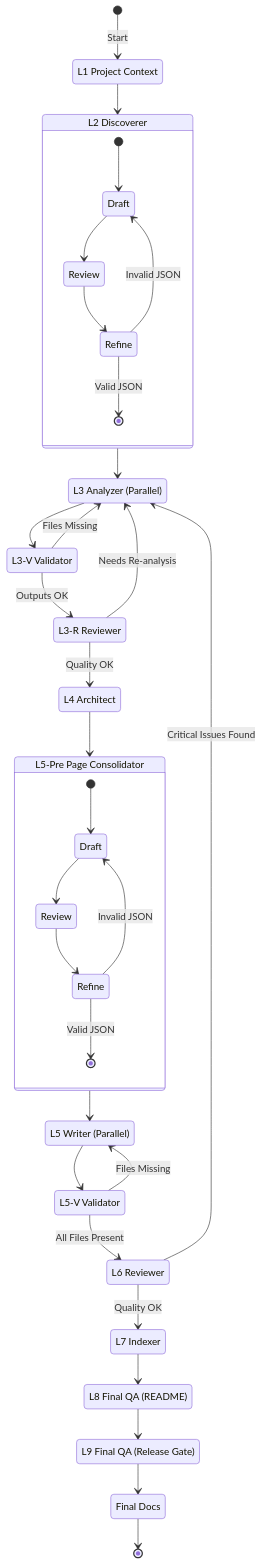
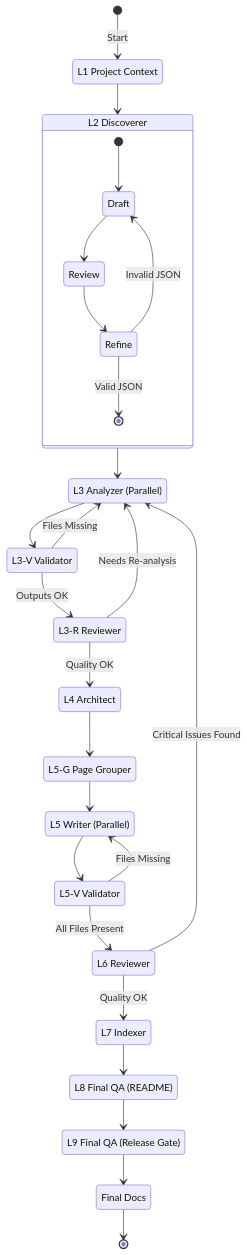
The diagram in README.md (ifapmzadu6/vscode-copilot-deepwiki-extention), drawn with Mermaid before and after one commit. The commit also changed other lines of this file and 1 other file, not shown here.

Commit message:
docs: remove L5-Pre references and update pipeline diagrams

````diff
--- a/README.md
+++ b/README.md
@@ -23,63 +23,51 @@
 ```mermaid
 stateDiagram-v2
     [*] --> L1: Start
 
     L1: L1 Project Context
     L2: L2 Discoverer
     L3: L3 Analyzer (Parallel)
-    L3V: L3-V Validator
-    L3R: L3-R Reviewer
-    L4: L4 Architect
-    L5Pre: L5-Pre Page Consolidator
-    L5: L5 Writer (Parallel)
-    L5V: L5-V Validator
-    L6: L6 Reviewer
+	    L3V: L3-V Validator
+	    L3R: L3-R Reviewer
+	    L4: L4 Architect
+	    L5G: L5-G Page Grouper
+	    L5: L5 Writer (Parallel)
+	    L5V: L5-V Validator
+	    L6: L6 Reviewer
     L7: L7 Indexer
     L8: L8 Final QA (README)
     L9: L9 Final QA (Release Gate)
     Done: Final Docs
 
     L1 --> L2
     
     state L2 {
         [*] --> Draft
         Draft --> Review
         Review --> Refine
         Refine --> [*]: Valid JSON
         Refine --> Draft: Invalid JSON
     }
     
     L2 --> L3
     
     L3 --> L3V
     L3V --> L3: Files Missing
     L3V --> L3R: Outputs OK
     L3R --> L3: Needs Re-analysis
-    L3R --> L4: Quality OK
-    
-    L4 --> L5Pre
-    
-    state L5Pre {
-        [*] --> Draft5
-        Draft5: Draft
-        Review5: Review
-        Refine5: Refine
-        Draft5 --> Review5
-        Review5 --> Refine5
-        Refine5 --> [*]: Valid JSON
-        Refine5 --> Draft5: Invalid JSON
-    }
-    
-    L5Pre --> L5
-    L5 --> L5V
-    L5V --> L5: Files Missing
-    L5V --> L6: All Files Present
+	    L3R --> L4: Quality OK
+	    
+	    L4 --> L5G
+	    L5G --> L5
+	    L5 --> L5V
+	    L5V --> L5: Files Missing
+	    L5V --> L6: All Files Present
     
     L6 --> L3: Critical Issues Found
     L6 --> L7: Quality OK
     
     L7 --> L8
     L8 --> L9
     L9 --> Done
     Done --> [*]
 ```
````
